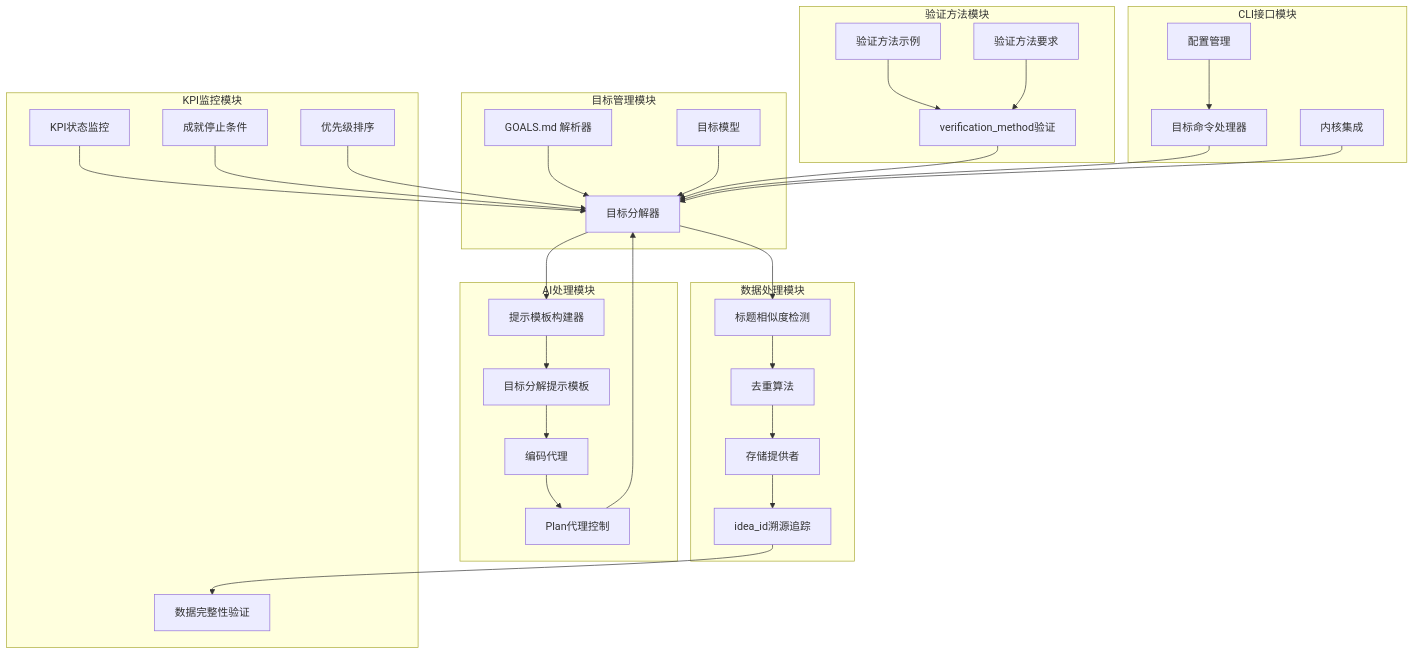
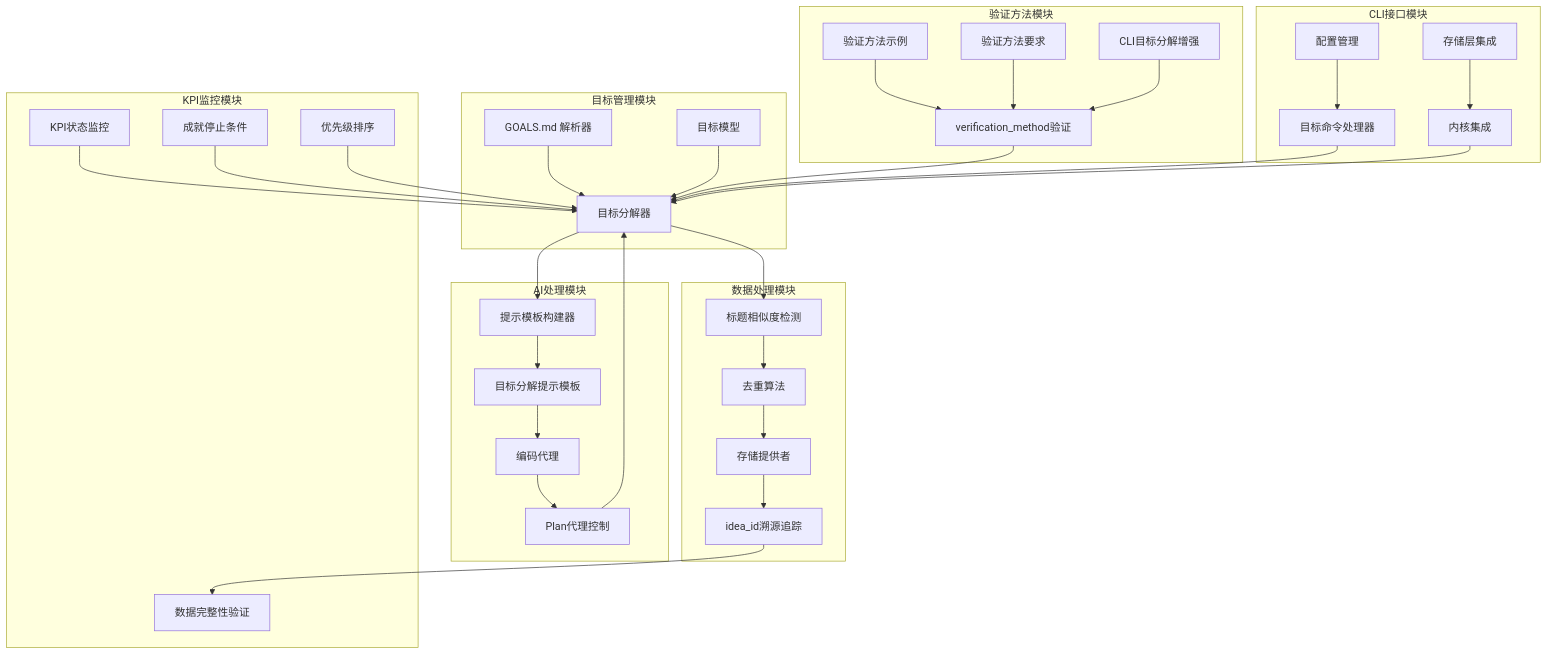
One commit to pinsonchen/vivify changed the first of 14 diagrams in .qoder/repowiki/zh/content/技术实现参考/自动目标分解功能.md. Above: the diagram before and after it, drawn with Mermaid. The commit also changed other lines of this file and 102 other files, not shown here.

````diff
--- a/.qoder/repowiki/zh/content/技术实现参考/自动目标分解功能.md
+++ b/.qoder/repowiki/zh/content/技术实现参考/自动目标分解功能.md
@@ -58,57 +59,61 @@
 ```mermaid
 graph TB
 subgraph "目标管理模块"
 A[GOALS.md 解析器]
 B[目标模型]
 C[目标分解器]
 end
 subgraph "AI处理模块"
 D[提示模板构建器]
 E[目标分解提示模板]
 F[编码代理]
 G[Plan代理控制]
 end
 subgraph "数据处理模块"
 H[标题相似度检测]
 I[去重算法]
 J[存储提供者]
 K[idea_id溯源追踪]
 end
 subgraph "KPI监控模块"
 L[KPI状态监控]
 M[成就停止条件]
 N[优先级排序]
 O[数据完整性验证]
 end
 subgraph "验证方法模块"
 P[verification_method验证]
 Q[验证方法示例]
 R[验证方法要求]
+S[CLI目标分解增强]
 end
 subgraph "CLI接口模块"
-S[目标命令处理器]
-T[配置管理]
-U[内核集成]
+T[目标命令处理器]
+U[配置管理]
+V[内核集成]
+W[存储层集成]
 end
 A --> C
 B --> C
 C --> D
 D --> E
 E --> F
 F --> G
 G --> C
 C --> H
 H --> I
 I --> J
 J --> K
 K --> O
 L --> C
 M --> C
 N --> C
 P --> C
 Q --> P
 R --> P
-S --> C
-T --> S
-U --> C
+S --> P
+T --> C
+U --> T
+V --> C
+W --> V
 ```
````
